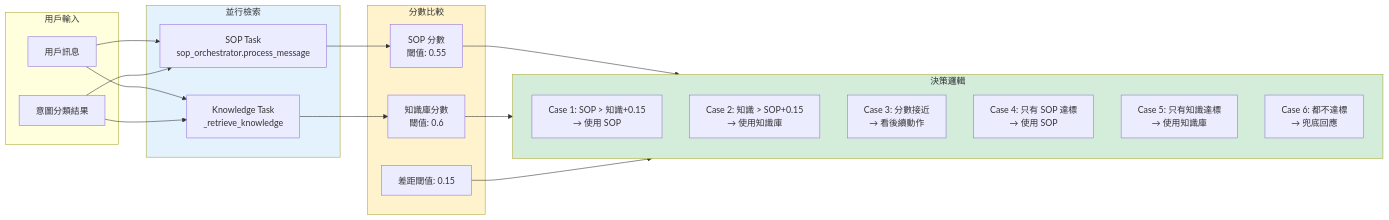
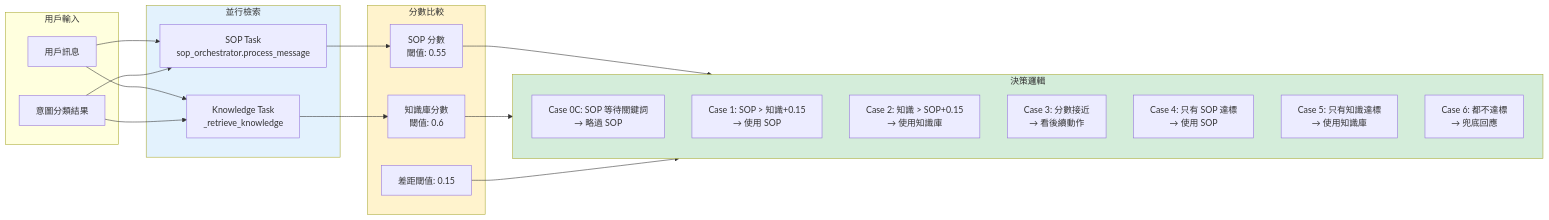
Before and after one commit to JGBlenny/AIChatbot: the second of 7 diagrams in docs/architecture/COMPLETE_CONVERSATION_ARCHITECTURE.md, drawn with Mermaid. The commit also changed other lines of this file and 107 other files, not shown here.

First line of the commit message:
docs: P0 驗證修正 — architecture/ steering/ api/ 內容與程式碼對齊

````diff
--- a/docs/architecture/COMPLETE_CONVERSATION_ARCHITECTURE.md
+++ b/docs/architecture/COMPLETE_CONVERSATION_ARCHITECTURE.md
@@ -110,43 +211,44 @@
 ```mermaid
 flowchart LR
     subgraph Input[用戶輸入]
         Message[用戶訊息]
         Intent[意圖分類結果]
     end
 
     subgraph Parallel[並行檢索]
         SOPT[SOP Task<br/>sop_orchestrator.process_message]
         KnowledgeT[Knowledge Task<br/>_retrieve_knowledge]
     end
 
     Message --> SOPT
     Intent --> SOPT
     Message --> KnowledgeT
     Intent --> KnowledgeT
 
     subgraph Scoring[分數比較]
         SOPScore[SOP 分數<br/>閾值: 0.55]
         KnowledgeScore[知識庫分數<br/>閾值: 0.6]
         Gap[差距閾值: 0.15]
     end
 
     SOPT --> SOPScore
     KnowledgeT --> KnowledgeScore
 
     subgraph DecisionLogic[決策邏輯]
+        C0C[Case 0C: SOP 等待關鍵詞<br/>→ 略過 SOP]
         C1[Case 1: SOP > 知識+0.15<br/>→ 使用 SOP]
         C2[Case 2: 知識 > SOP+0.15<br/>→ 使用知識庫]
         C3[Case 3: 分數接近<br/>→ 看後續動作]
         C4[Case 4: 只有 SOP 達標<br/>→ 使用 SOP]
         C5[Case 5: 只有知識達標<br/>→ 使用知識庫]
         C6[Case 6: 都不達標<br/>→ 兜底回應]
     end
 
     SOPScore --> DecisionLogic
     KnowledgeScore --> DecisionLogic
     Gap --> DecisionLogic
 
     style Parallel fill:#e3f2fd
     style Scoring fill:#fff3cd
     style DecisionLogic fill:#d4edda
 ```
````
